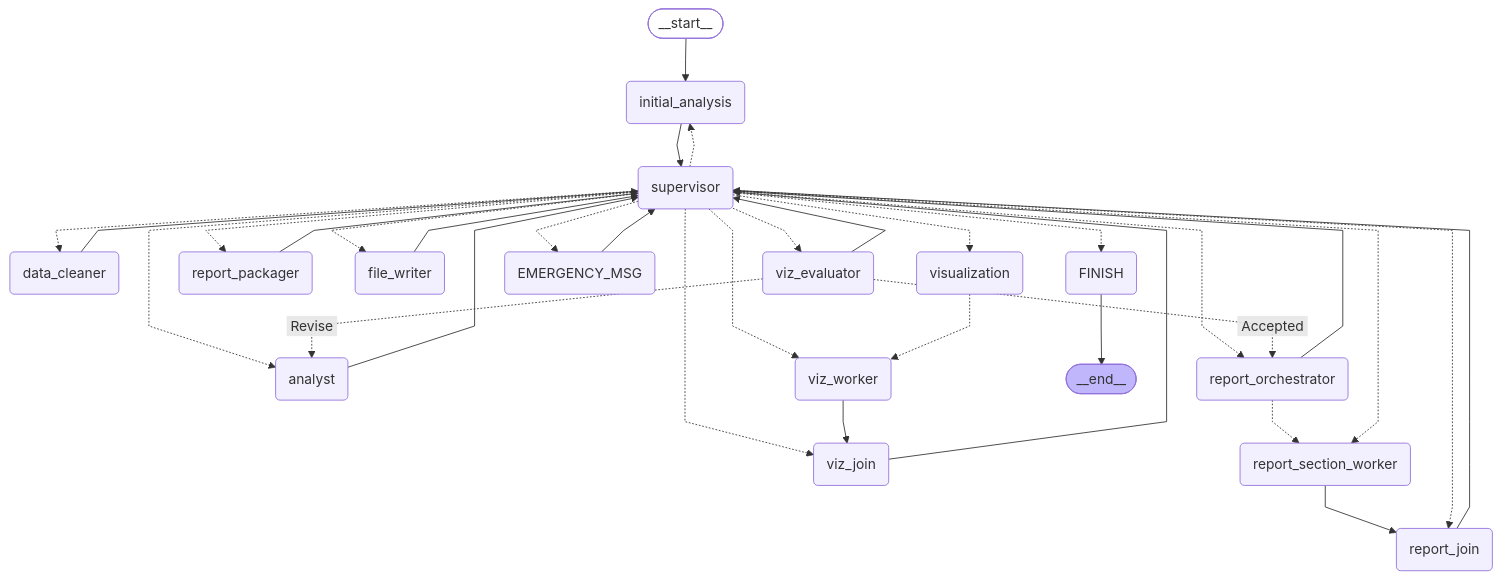
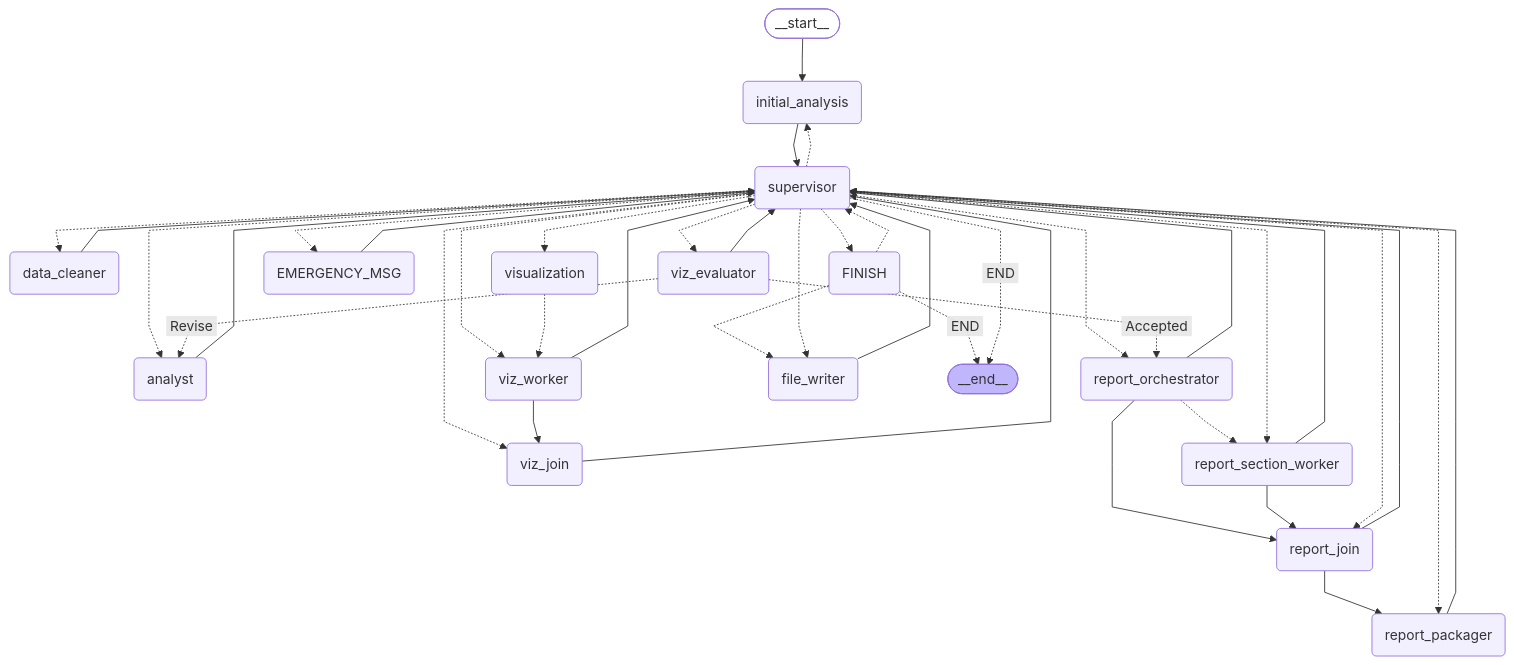
Before and after one commit to dhar174/intelligent_data_detective: the diagram in idd_v4_state_graph.mmd, drawn with Mermaid. The commit also changed 1 other file, not shown here.

Commit message:
Update graph PNG and mermaid diagram to reflect most recent compiled state

```diff
--- a/idd_v4_state_graph.mmd
+++ b/idd_v4_state_graph.mmd
@@ -1,58 +1,65 @@
 ---
 config:
   flowchart:
     curve: linear
 ---
 graph TD;
 	__start__([<p>__start__</p>]):::first
 	supervisor(supervisor)
 	initial_analysis(initial_analysis)
 	data_cleaner(data_cleaner)
 	analyst(analyst)
 	viz_worker(viz_worker)
 	viz_join(viz_join)
 	viz_evaluator(viz_evaluator)
 	report_orchestrator(report_orchestrator)
 	report_section_worker(report_section_worker)
 	report_join(report_join)
 	report_packager(report_packager)
 	file_writer(file_writer)
 	visualization(visualization)
 	EMERGENCY_MSG(EMERGENCY_MSG)
 	FINISH(FINISH)
 	__end__([<p>__end__</p>]):::last
 	EMERGENCY_MSG --> supervisor;
+	FINISH -. &nbsp;END&nbsp; .-> __end__;
+	FINISH -.-> file_writer;
+	FINISH -.-> supervisor;
 	__start__ --> initial_analysis;
 	analyst --> supervisor;
 	data_cleaner --> supervisor;
 	file_writer --> supervisor;
 	initial_analysis --> supervisor;
+	report_join --> report_packager;
 	report_join --> supervisor;
+	report_orchestrator --> report_join;
 	report_orchestrator -.-> report_section_worker;
 	report_orchestrator --> supervisor;
 	report_packager --> supervisor;
 	report_section_worker --> report_join;
+	report_section_worker --> supervisor;
 	supervisor -.-> EMERGENCY_MSG;
 	supervisor -.-> FINISH;
+	supervisor -. &nbsp;END&nbsp; .-> __end__;
 	supervisor -.-> analyst;
 	supervisor -.-> data_cleaner;
 	supervisor -.-> file_writer;
 	supervisor -.-> initial_analysis;
 	supervisor -.-> report_join;
 	supervisor -.-> report_orchestrator;
 	supervisor -.-> report_packager;
 	supervisor -.-> report_section_worker;
 	supervisor -.-> visualization;
 	supervisor -.-> viz_evaluator;
 	supervisor -.-> viz_join;
 	supervisor -.-> viz_worker;
 	visualization -.-> viz_worker;
 	viz_evaluator -. &nbsp;Revise&nbsp; .-> analyst;
 	viz_evaluator -. &nbsp;Accepted&nbsp; .-> report_orchestrator;
 	viz_evaluator --> supervisor;
 	viz_join --> supervisor;
+	viz_worker --> supervisor;
 	viz_worker --> viz_join;
-	FINISH --> __end__;
 	classDef default fill:#f2f0ff,line-height:1.2
 	classDef first fill-opacity:0
 	classDef last fill:#bfb6fc
```
